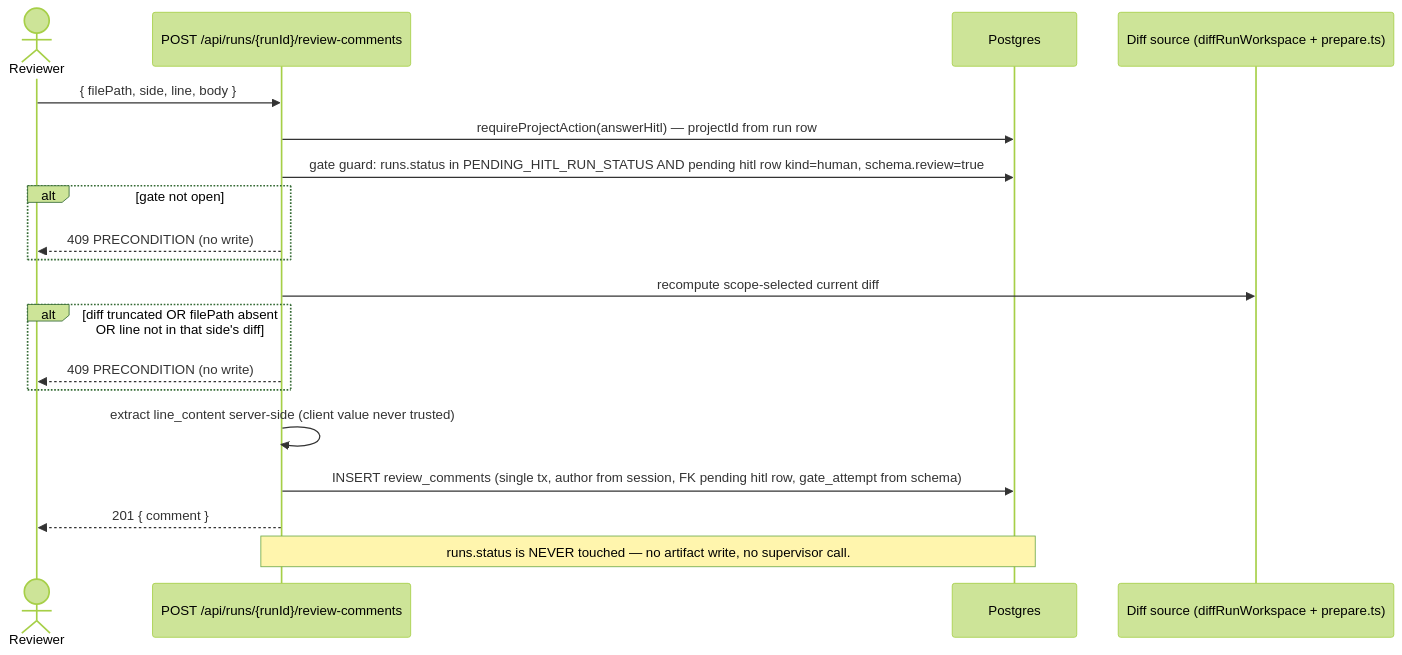
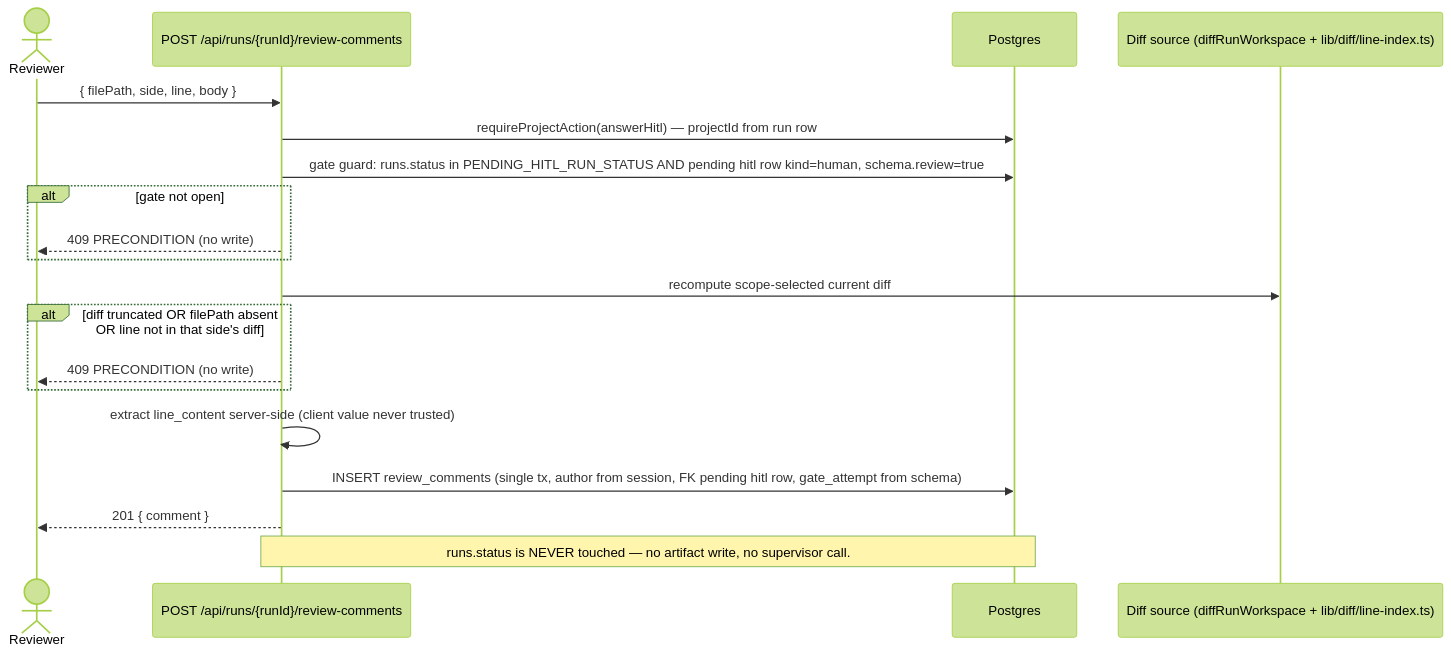
One commit to maister-dev/maister changed the second of 6 diagrams in docs/system-analytics/review-comments.md. Above: the diagram before and after it, drawn with Mermaid (forest theme). The commit also changed other lines of this file and 8 other files, not shown here.

````diff
--- a/docs/system-analytics/review-comments.md
+++ b/docs/system-analytics/review-comments.md
@@ -98,22 +98,22 @@
 ```mermaid
 sequenceDiagram
     actor U as Reviewer
     participant W as POST /api/runs/{runId}/review-comments
     participant DB as Postgres
-    participant G as Diff source (diffRunWorkspace + prepare.ts)
+    participant G as Diff source (diffRunWorkspace + lib/diff/line-index.ts)
 
     U->>W: { filePath, side, line, body }
     W->>DB: requireProjectAction(answerHitl) — projectId from run row
     W->>DB: gate guard: runs.status in PENDING_HITL_RUN_STATUS AND pending hitl row kind=human, schema.review=true
     alt gate not open
         W-->>U: 409 PRECONDITION (no write)
     end
     W->>G: recompute scope-selected current diff
     alt diff truncated OR filePath absent OR line not in that side's diff
         W-->>U: 409 PRECONDITION (no write)
     end
     W->>W: extract line_content server-side (client value never trusted)
     W->>DB: INSERT review_comments (single tx, author from session, FK pending hitl row, gate_attempt from schema)
     W-->>U: 201 { comment }
     Note over W,DB: runs.status is NEVER touched — no artifact write, no supervisor call.
 ```
````
